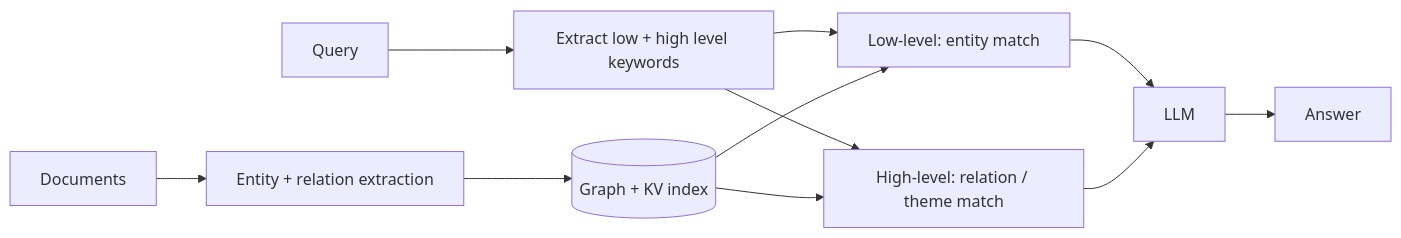
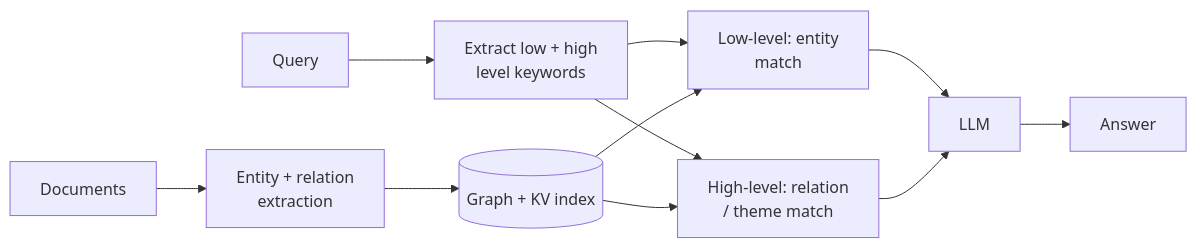
One commit to ajay-nikumbh/RAG-From-Basics-to-Production changed the diagram in 14. LightRAG/README.md. Above: the diagram before and after it, drawn with Mermaid. The commit also changed other lines of this file and 38 other files, not shown here.

First line of the commit message:
Group root README by pattern, widen tables, wrap diagram labels

````diff
--- a/14. LightRAG/README.md
+++ b/14. LightRAG/README.md
@@ -24,11 +24,11 @@
 ```mermaid
 flowchart LR
-    D[Documents] --> X[Entity + relation extraction] --> G[(Graph + KV index)]
-    Q[Query] --> K[Extract low + high level keywords]
-    K --> LL[Low-level: entity match]
-    K --> HL[High-level: relation / theme match]
+    D[Documents] --> X[Entity + relation<br/>extraction] --> G[(Graph + KV index)]
+    Q[Query] --> K[Extract low + high<br/>level keywords]
+    K --> LL[Low-level: entity<br/>match]
+    K --> HL[High-level: relation<br/>/ theme match]
     G --> LL
     G --> HL
     LL --> L[LLM] --> A[Answer]
     HL --> L
 ```
````
